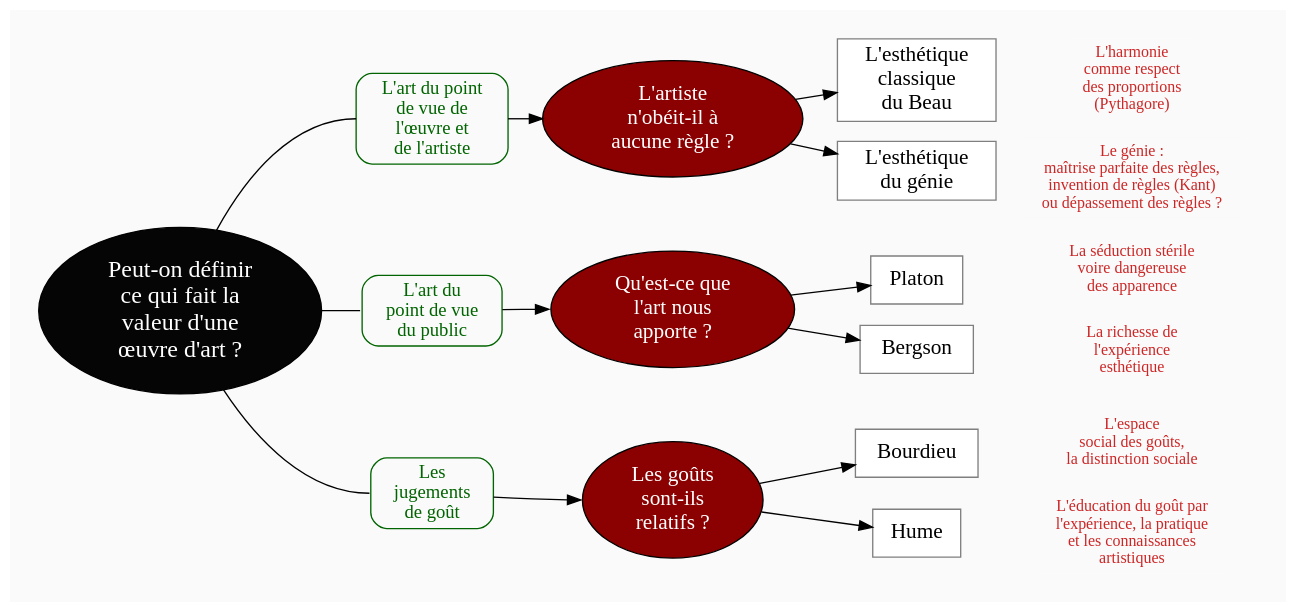
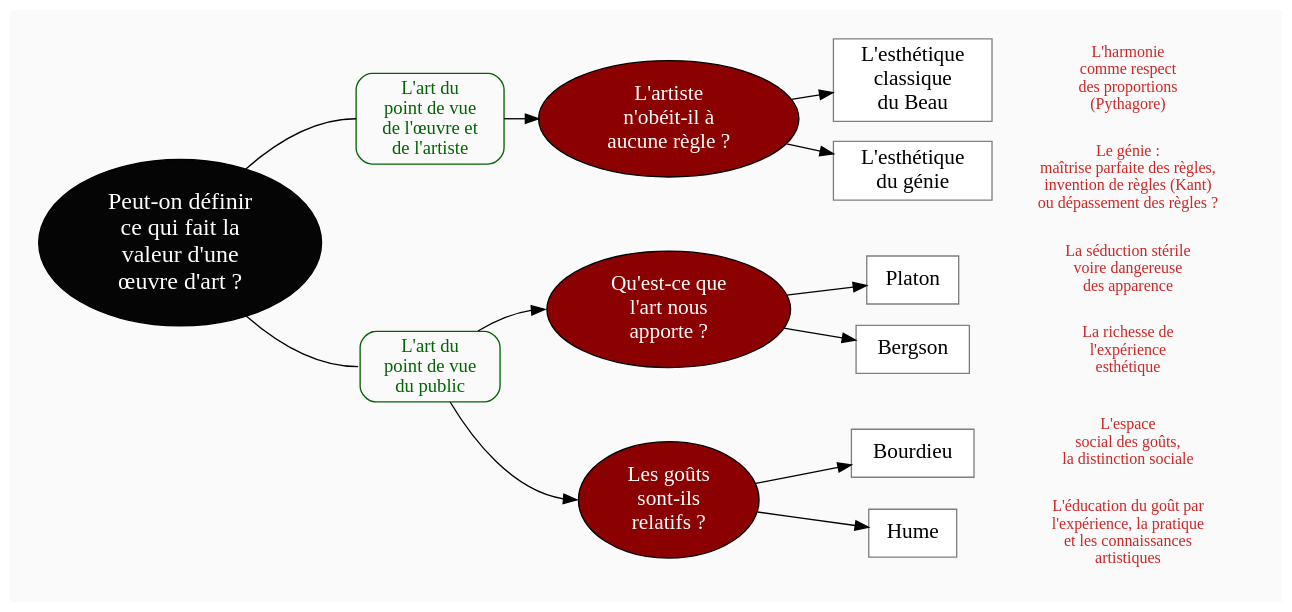
Before and after one commit to eyssette/graphviz-examples: the diagram in plans/plan-cours-details-art.dot, drawn with Graphviz. The commit also changed 1 other file, not shown here.

Commit message:
update : plan du cours sur l'art

```diff
--- a/plans/plan-cours-details-art.dot
+++ b/plans/plan-cours-details-art.dot
@@ -1,140 +1,137 @@
 digraph G {
 // Template : diagram
 // Usage : 
 rankdir=LR
 splines=true
 //splines=curved
 bgcolor=grey98
 pad=0.3
 style=filled
 edge[minlen=3]
 node[style=filled, fontcolor=white]
 ranksep=0.1
 nodesep=0.2
 
 // NIVEAU 1
 node[fillcolor=grey2, fontsize=18]
 a1[label="Peut-on définir
 ce qui fait la
 valeur d'une
 œuvre d'art ?"]
 
 // NIVEAU 2
 node[fontsize=14, shape=rect, fillcolor=grey98, fontcolor=darkgreen, color=darkgreen, style="filled, rounded"]
 a1->p1[headport=w, arrowhead=none]
 a1->p2[headport=w, arrowhead=none]
-a1->p3[headport=w, arrowhead=none]
 
-p1[label="L'art du point
-de vue de
-l'œuvre et
+
+p1[label="L'art du
+point de vue
+de l'œuvre et
 de l'artiste"]
 p2[label="L'art du
 point de vue
 du public"]
-p3[label="Les
-jugements
-de goût"]
 
-{rank=same;p1->p2->p3[style=invis, minlen=6]}
+{rank=same;p1->p2[style=invis, minlen=9]}
 
 node[fontcolor=black, fontsize=16]
 // NIVEAU 3 (sans intermédiaire)
 node [shape=box, fillcolor=white, color=grey50]
 // c1[label=""]
 
 
 
 // INTERMÉDIAIRE AVANT NIVEAU 3
 node[fillcolor=red4, shape=oval, fontcolor=white, color=black, style="filled"]
 // [arrowhead=none]
 // bc1[label=""]
 p1->b1[headport=w]
 p2->b2[headport=w]
-p3->b3[headport=w]
+p2->b3[headport=w]
 b1[label="L'artiste
 n'obéit-il à
 aucune règle ?"]    
 b2[label="Qu'est-ce que
 l'art nous
 apporte ?"]
 b3[label="Les goûts
 sont-ils
 relatifs ?"]
 
 
 
 
 {rank=same;b1->b2->b3[style=invis, minlen=4]}
 
 // NIVEAU 3 (avec intermédiaire)
 node[fillcolor=white, shape=box, color=grey50, fontcolor=black]
 // c1[label=""]
 b1->{c1,c2}
 c1[label="L'esthétique
 classique
 du Beau"]
 c2[label="L'esthétique
 du génie"]
 
 b2->{c3,c4}
 c3[label="Platon"]
 c4[label="Bergson"]
 
 b3->{c5,c6}
 c5[label="Bourdieu"]
 c6[label="Hume"]
 
 
 {rank=same;c2->c3[style=invis, minlen=3]}
 {rank=same;c4->c5[style=invis, minlen=3]}
 
 // NIVEAU 4
 node[style="filled,rounded", fillcolor=white, shape=box, color=grey50]
 // d1[label=""]
 
 
 // ÉTIQUETTES EN ROUGE
 node[shape=plaintext, fontcolor=firebrick3, fillcolor=grey98, fontsize=12]
 // e1[label=< <B>= Titre</B><BR /><BR />Contenu<BR /> >]
 // e1[label=""]
 // ->e1[minlen=1, style=invis]
 
 e1[label="L'harmonie
 comme respect
 des proportions
 (Pythagore)"]
 e2[label="Le génie :
 maîtrise parfaite des règles,
 invention de règles (Kant)
 ou dépassement des règles ?"]
 e3[label="La séduction stérile
 voire dangereuse
 des apparence"]
 e4[label="La richesse de
 l'expérience
 esthétique"]
 e5[label="L'espace
 social des goûts,
 la distinction sociale"]
 e6[label="L'éducation du goût par
 l'expérience, la pratique
 et les connaissances
 artistiques"]
 
 c1->e1[minlen=1, style=invis]
 c2->e2[minlen=1, style=invis]
 c3->e3[minlen=1, style=invis]
 c4->e4[minlen=1, style=invis]
 c5->e5[minlen=1, style=invis]
 c6->e6[minlen=1, style=invis]
 
 
 // REMARQUES EN BLEU
 node[color=blue, shape=box, margin=0.07, fontcolor=black, fontsize=12, style="dashed", penwidth=0.6]
 edge[color=blue, arrowhead="none", xlabel="", style="dashed", penwidth=0.6]
 // r1[label=""]
 // {rank=same;->r1}
 // {rank=same;r1->[dir=back]}
 
 }
```
